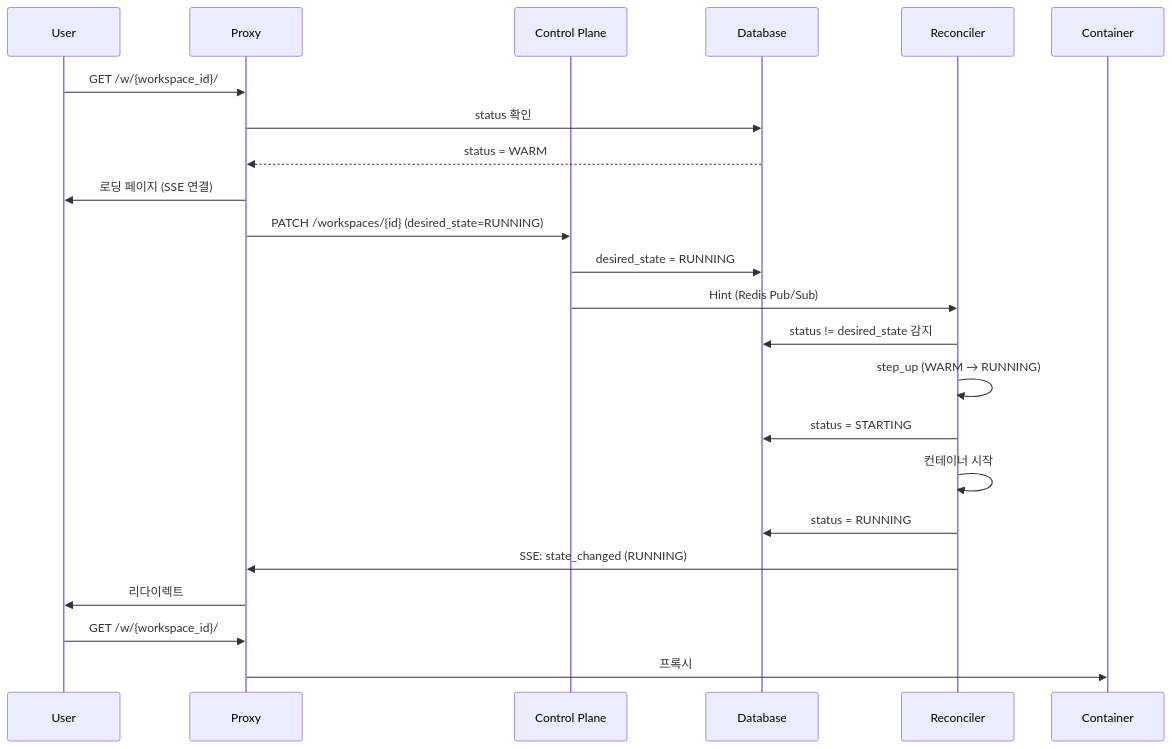
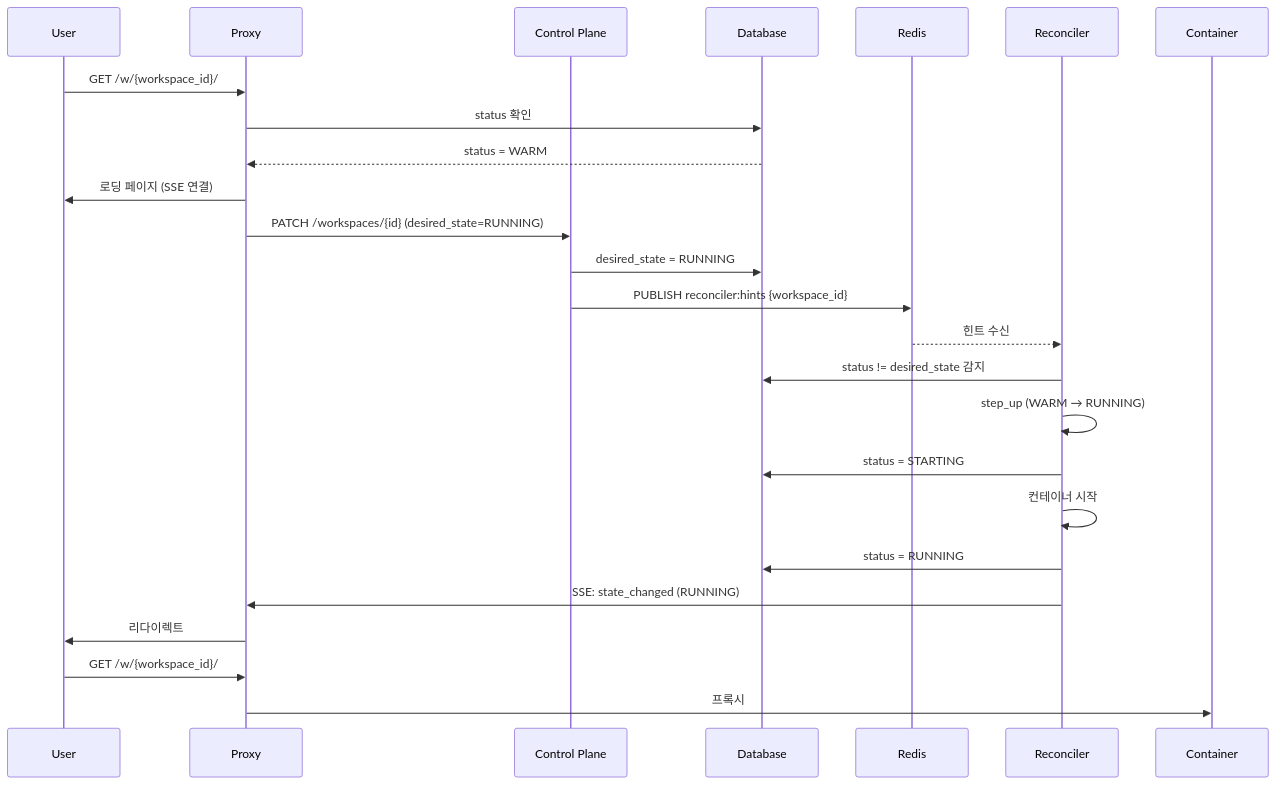
The second of 10 diagrams in docs/spec_v2/flows.md (cagojeiger/code-hub), drawn with Mermaid before and after one commit. The commit also changed other lines of this file, not shown here.

First line of the commit message:
docs(spec_v2): add Redis hints for immediate Reconciler trigger

````diff
--- a/docs/spec_v2/flows.md
+++ b/docs/spec_v2/flows.md
@@ -61,28 +63,30 @@
 ```mermaid
 sequenceDiagram
     participant U as User
     participant P as Proxy
     participant API as Control Plane
     participant DB as Database
+    participant Redis as Redis
     participant R as Reconciler
 
     U->>P: GET /w/{workspace_id}/
     P->>DB: status 확인
     DB-->>P: status = WARM
 
     P->>U: 로딩 페이지 (SSE 연결)
     P->>API: PATCH /workspaces/{id} (desired_state=RUNNING)
     API->>DB: desired_state = RUNNING
-    API->>R: Hint (Redis Pub/Sub)
+    API->>Redis: PUBLISH reconciler:hints {workspace_id}
 
+    Redis-->>R: 힌트 수신
     R->>DB: status != desired_state 감지
     R->>R: step_up (WARM → RUNNING)
     R->>DB: status = STARTING
     R->>R: 컨테이너 시작
     R->>DB: status = RUNNING
 
     R->>P: SSE: state_changed (RUNNING)
     P->>U: 리다이렉트
     U->>P: GET /w/{workspace_id}/
     P->>Container: 프록시
 ```
````
